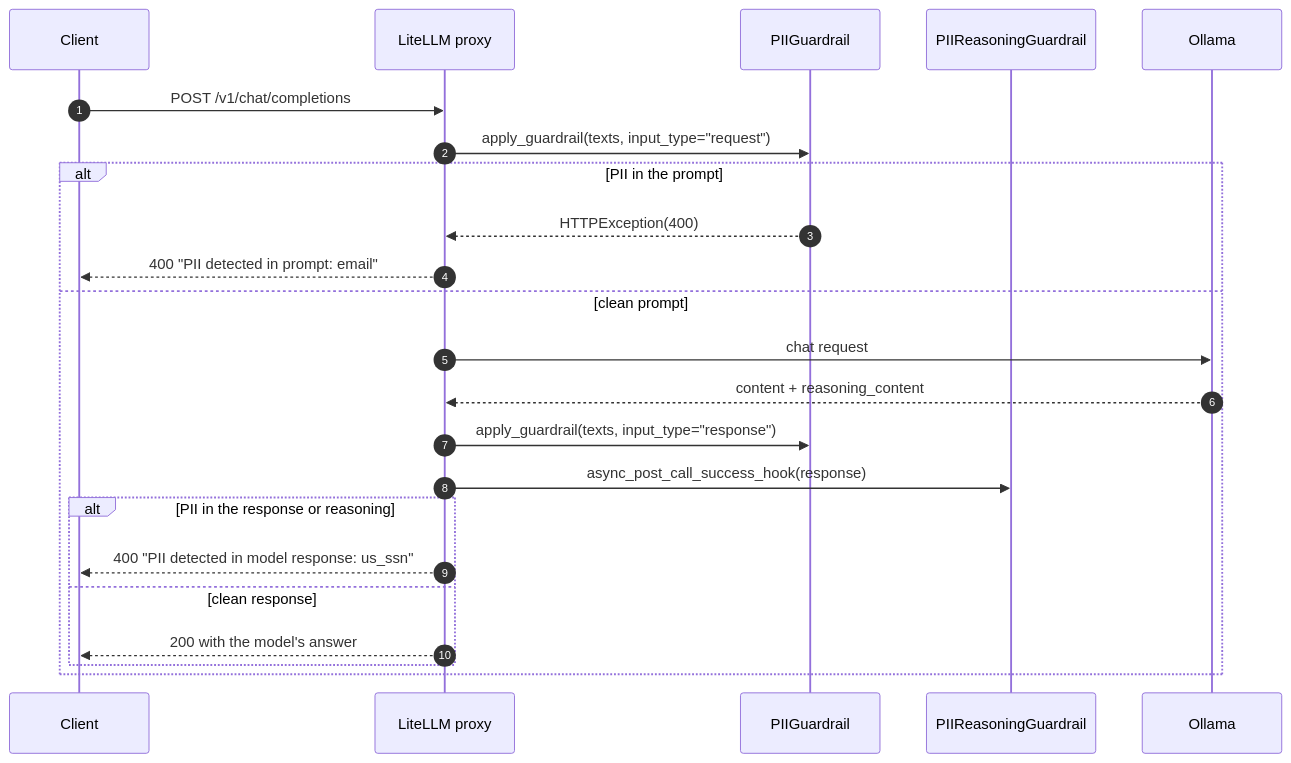
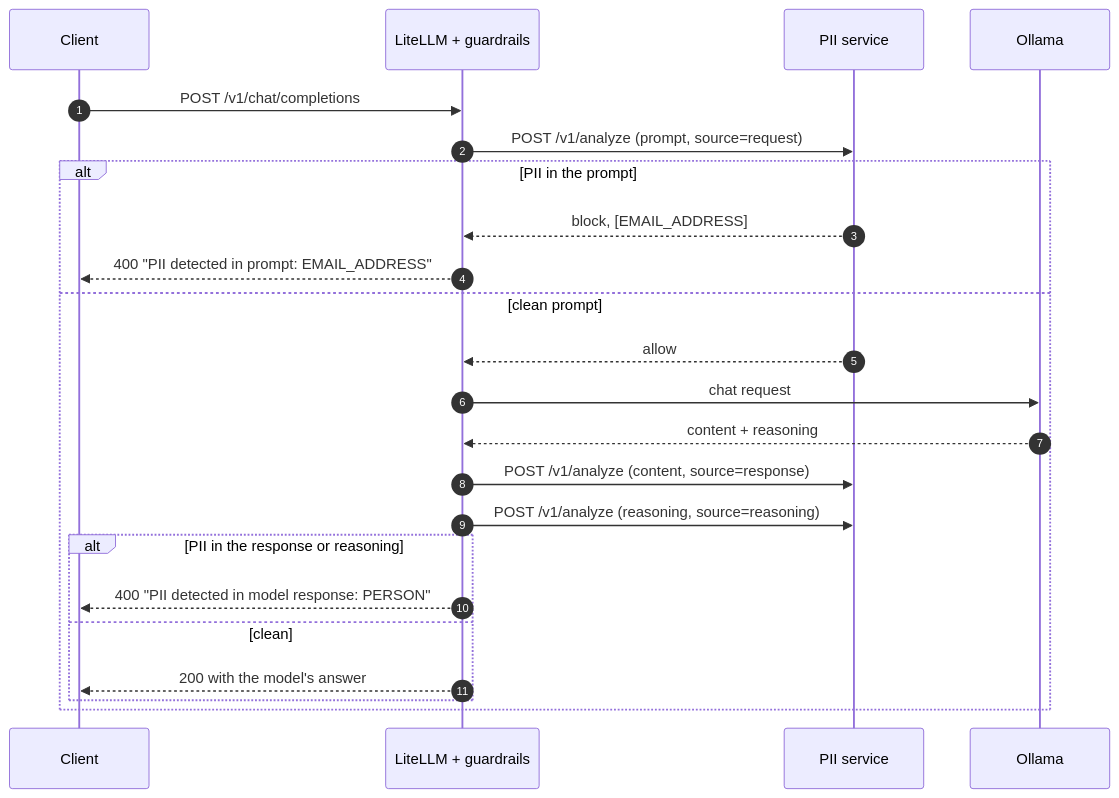
One commit to mshnjffr/litellm-guardrail changed the second of 2 diagrams in docs/implementation.md. Above: the diagram before and after it, drawn with Mermaid. The commit also changed other lines of this file and 25 other files, not shown here.

First line of the commit message:
Replace the regex detector with a Presidio PII service on Kubernetes

````diff
--- a/docs/implementation.md
+++ b/docs/implementation.md
@@ -40,26 +51,26 @@
 ```mermaid
 sequenceDiagram
     autonumber
     participant C as Client
-    participant L as LiteLLM proxy
-    participant G as PIIGuardrail
-    participant R as PIIReasoningGuardrail
+    participant L as LiteLLM + guardrails
+    participant P as PII service
     participant O as Ollama
 
     C->>L: POST /v1/chat/completions
-    L->>G: apply_guardrail(texts, input_type="request")
+    L->>P: POST /v1/analyze (prompt, source=request)
     alt PII in the prompt
-        G-->>L: HTTPException(400)
-        L-->>C: 400 "PII detected in prompt: email"
+        P-->>L: block, [EMAIL_ADDRESS]
+        L-->>C: 400 "PII detected in prompt: EMAIL_ADDRESS"
     else clean prompt
+        P-->>L: allow
         L->>O: chat request
-        O-->>L: content + reasoning_content
-        L->>G: apply_guardrail(texts, input_type="response")
-        L->>R: async_post_call_success_hook(response)
+        O-->>L: content + reasoning
+        L->>P: POST /v1/analyze (content, source=response)
+        L->>P: POST /v1/analyze (reasoning, source=reasoning)
         alt PII in the response or reasoning
-            L-->>C: 400 "PII detected in model response: us_ssn"
-        else clean response
+            L-->>C: 400 "PII detected in model response: PERSON"
+        else clean
             L-->>C: 200 with the model's answer
         end
     end
 ```
````
